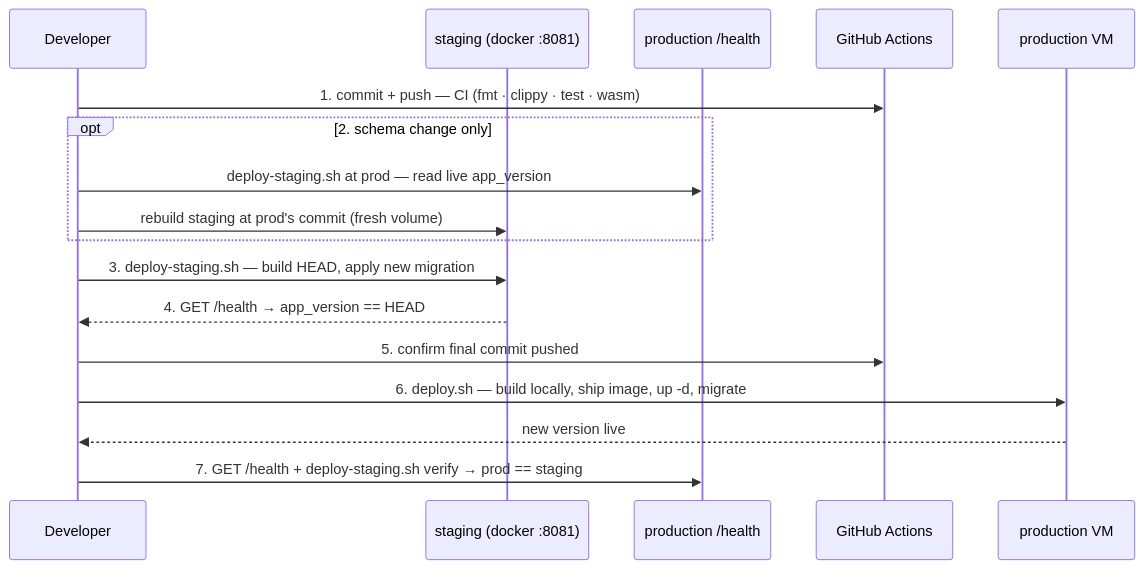
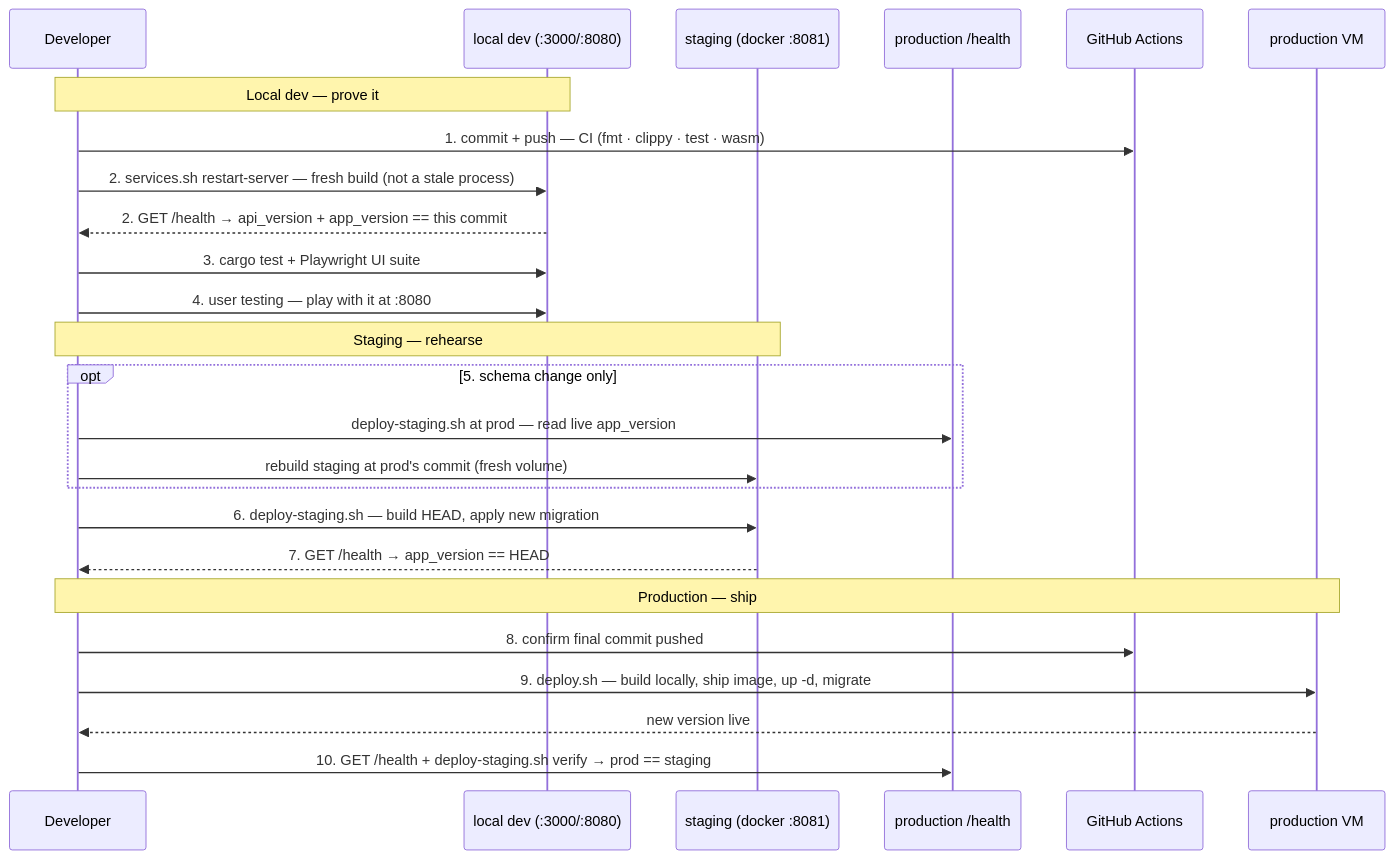
The diagram in docs/3.3-testing-ci-and-release.md (SteveStyle/tile-lite-elite), drawn with Mermaid before and after one commit. The commit also changed other lines of this file, not shown here.

First line of the commit message:
Add a local-dev phase to the release runbook (refresh env + user testing)

````diff
--- a/docs/3.3-testing-ci-and-release.md
+++ b/docs/3.3-testing-ci-and-release.md
@@ -149,20 +181,28 @@
 ```mermaid
 sequenceDiagram
     participant Dev as Developer
+    participant Loc as local dev (:3000/:8080)
     participant Stg as staging (docker :8081)
     participant Prod as production /health
     participant GH as GitHub Actions
     participant VM as production VM
 
+    Note over Dev,Loc: Local dev — prove it
     Dev->>GH: 1. commit + push — CI (fmt · clippy · test · wasm)
-    opt 2. schema change only
+    Dev->>Loc: 2. services.sh restart-server — fresh build (not a stale process)
+    Loc-->>Dev: 2. GET /health → api_version + app_version == this commit
+    Dev->>Loc: 3. cargo test + Playwright UI suite
+    Dev->>Loc: 4. user testing — play with it at :8080
+    Note over Dev,Stg: Staging — rehearse
+    opt 5. schema change only
         Dev->>Prod: deploy-staging.sh at prod — read live app_version
         Dev->>Stg: rebuild staging at prod's commit (fresh volume)
     end
-    Dev->>Stg: 3. deploy-staging.sh — build HEAD, apply new migration
-    Stg-->>Dev: 4. GET /health → app_version == HEAD
-    Dev->>GH: 5. confirm final commit pushed
-    Dev->>VM: 6. deploy.sh — build locally, ship image, up -d, migrate
+    Dev->>Stg: 6. deploy-staging.sh — build HEAD, apply new migration
+    Stg-->>Dev: 7. GET /health → app_version == HEAD
+    Note over Dev,VM: Production — ship
+    Dev->>GH: 8. confirm final commit pushed
+    Dev->>VM: 9. deploy.sh — build locally, ship image, up -d, migrate
     VM-->>Dev: new version live
-    Dev->>Prod: 7. GET /health + deploy-staging.sh verify → prod == staging
+    Dev->>Prod: 10. GET /health + deploy-staging.sh verify → prod == staging
 ```
````
